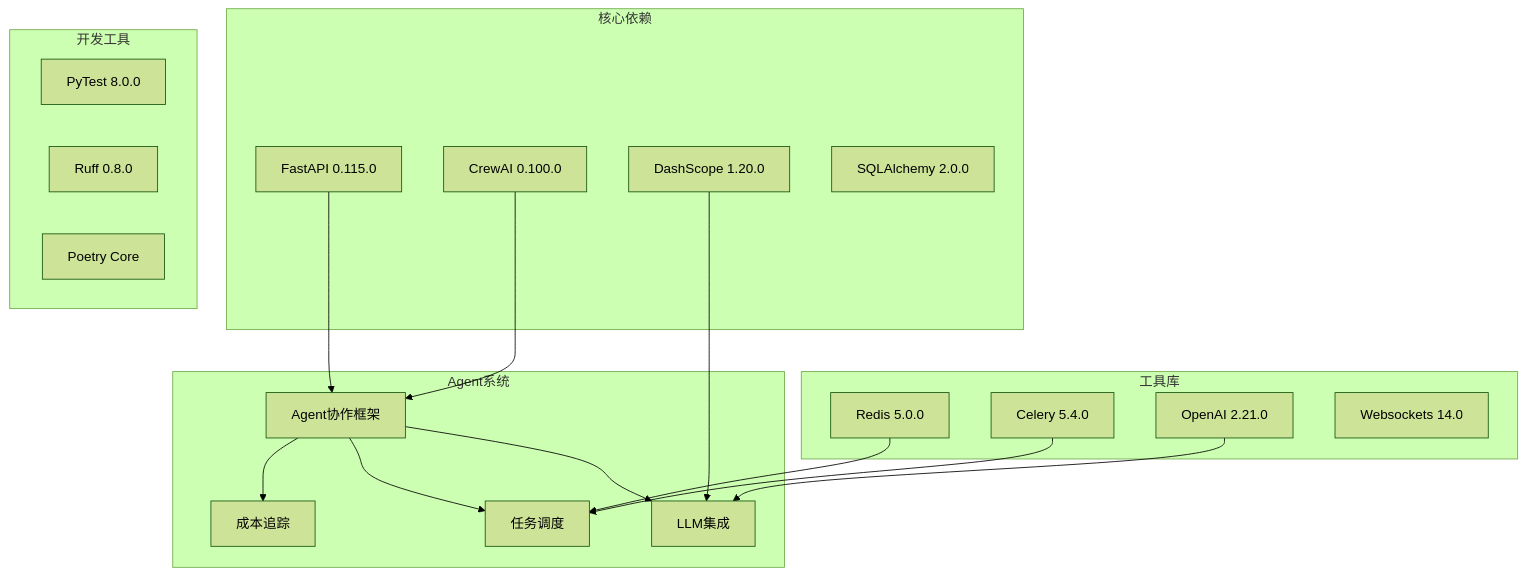
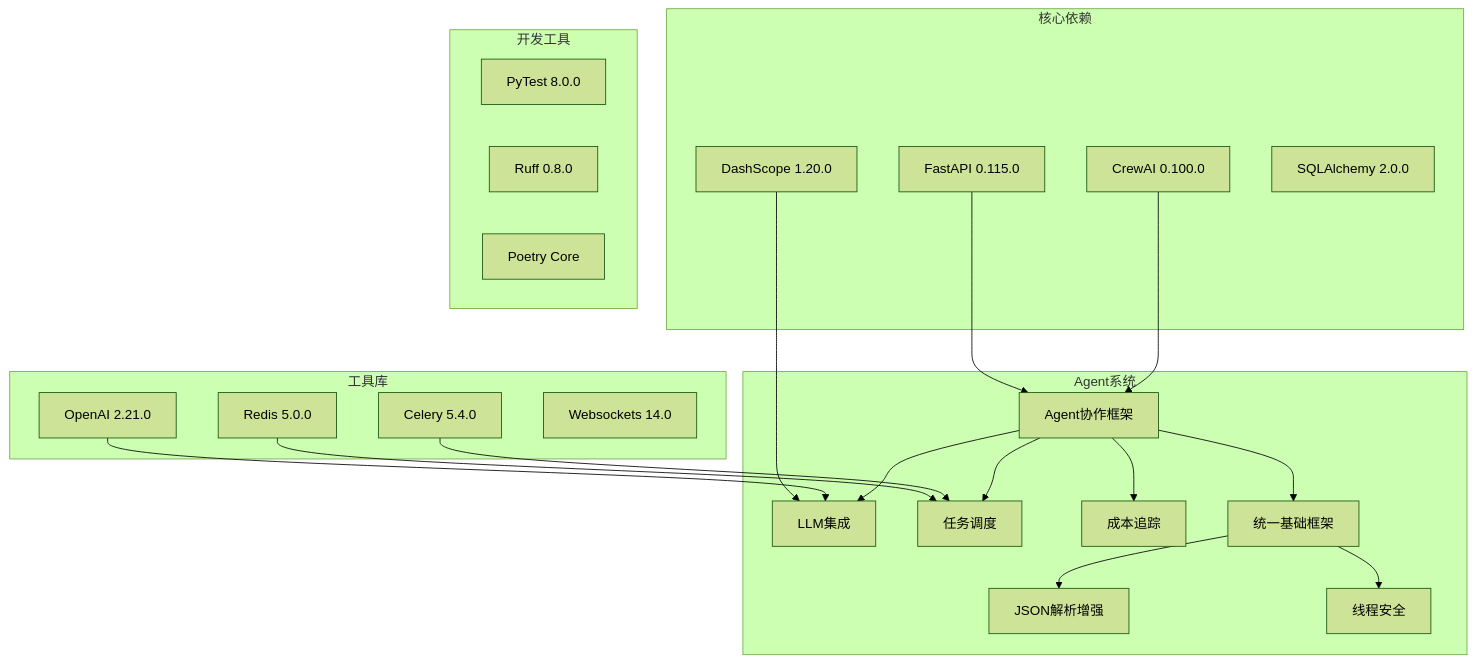
Diagram 20 of 21 in .qoder/repowiki/zh/content/AI智能体系统/Agent协作框架.md (xfbyxq/ai-novel-system), drawn with Mermaid (forest theme) before and after one commit. The commit also changed other lines of this file and 10 other files, not shown here.

````diff
--- a/.qoder/repowiki/zh/content/AI智能体系统/Agent协作框架.md
+++ b/.qoder/repowiki/zh/content/AI智能体系统/Agent协作框架.md
@@ -549,35 +892,41 @@
 ```mermaid
 graph TB
 subgraph "核心依赖"
 FastAPI[FastAPI 0.115.0]
 CrewAI[CrewAI 0.100.0]
 DashScope[DashScope 1.20.0]
 SQLAlchemy[SQLAlchemy 2.0.0]
 end
 subgraph "工具库"
 Redis[Redis 5.0.0]
 Celery[Celery 5.4.0]
 OpenAI[OpenAI 2.21.0]
 Websockets[Websockets 14.0]
 end
 subgraph "开发工具"
 PyTest[PyTest 8.0.0]
 Ruff[Ruff 0.8.0]
 Poetry[Poetry Core]
 end
 subgraph "Agent系统"
 AgentSystem[Agent协作框架]
 LLMIntegration[LLM集成]
 TaskScheduler[任务调度]
 CostTracking[成本追踪]
+BaseFramework[统一基础框架]
+JsonParsing[JSON解析增强]
+ThreadSafety[线程安全]
 end
 FastAPI --> AgentSystem
 CrewAI --> AgentSystem
 DashScope --> LLMIntegration
 Redis --> TaskScheduler
 Celery --> TaskScheduler
 OpenAI --> LLMIntegration
 AgentSystem --> CostTracking
 AgentSystem --> TaskScheduler
 AgentSystem --> LLMIntegration
+AgentSystem --> BaseFramework
+BaseFramework --> JsonParsing
+BaseFramework --> ThreadSafety
 ```
````
